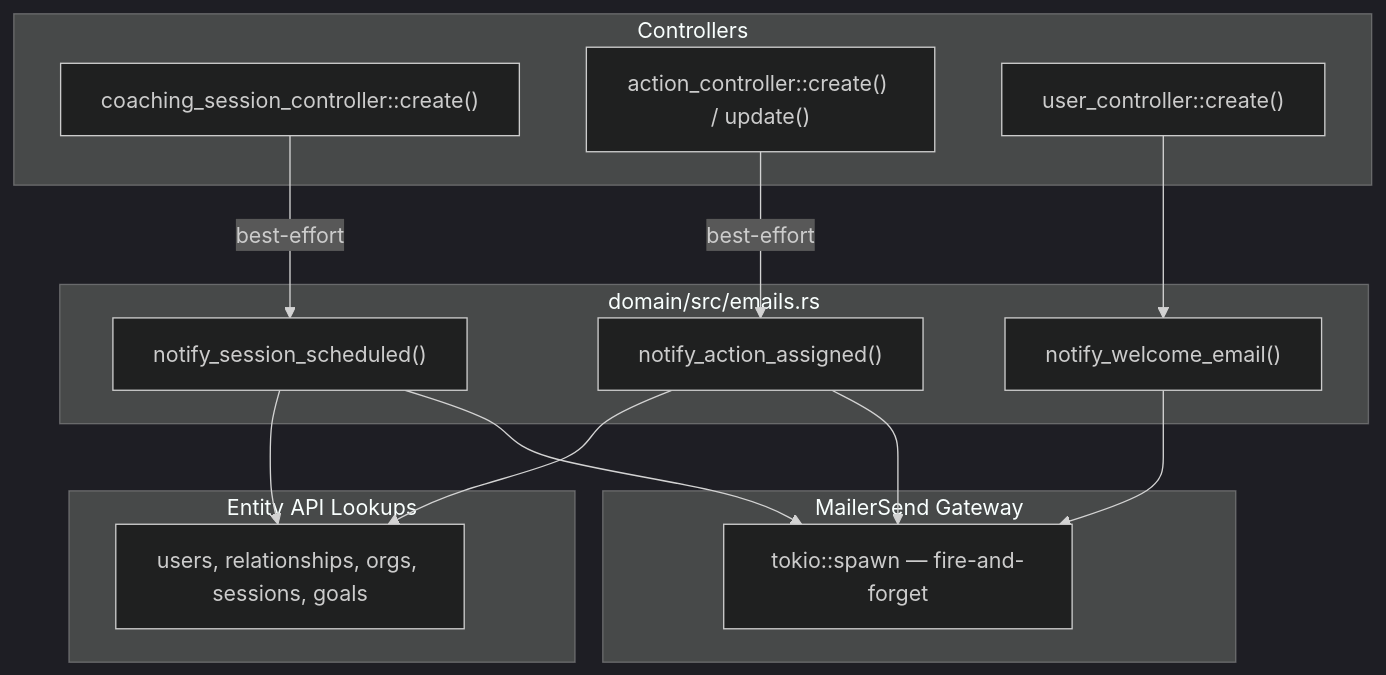
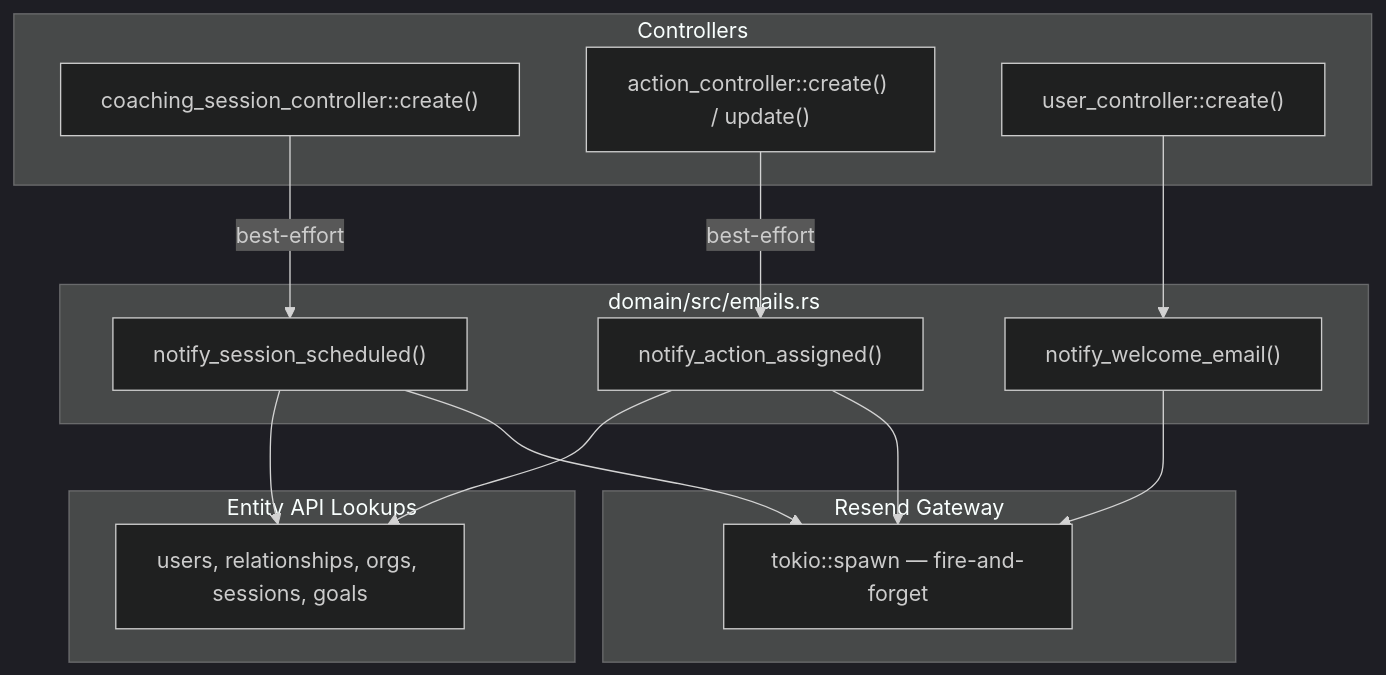
One commit to refactor-group/refactor-platform-rs changed the diagram in docs/architecture/email_notifications.md. Above: the diagram before and after it, drawn with Mermaid (dark theme). The commit also changed other lines of this file and 14 other files, not shown here.

First line of the commit message:
feat: migrate transactional email from MailerSend to Resend

````diff
--- a/docs/architecture/email_notifications.md
+++ b/docs/architecture/email_notifications.md
@@ -21,29 +21,29 @@
 ```mermaid
 flowchart TD
     subgraph web["Controllers"]
         CC["coaching_session_controller::create()"]
         AC["action_controller::create() / update()"]
         UC["user_controller::create()"]
     end
 
     subgraph domain["domain/src/emails.rs"]
         NS["notify_session_scheduled()"]
         NA["notify_action_assigned()"]
         NW["notify_welcome_email()"]
     end
 
     subgraph entity_api["Entity API Lookups"]
         EF["users, relationships, orgs, sessions, goals"]
     end
 
-    subgraph gateway["MailerSend Gateway"]
+    subgraph gateway["Resend Gateway"]
         MS["tokio::spawn — fire-and-forget"]
     end
 
     CC -->|best-effort| NS
     AC -->|best-effort| NA
     UC --> NW
 
     NS & NA --> EF
     NS & NA & NW --> MS
 ```
````
